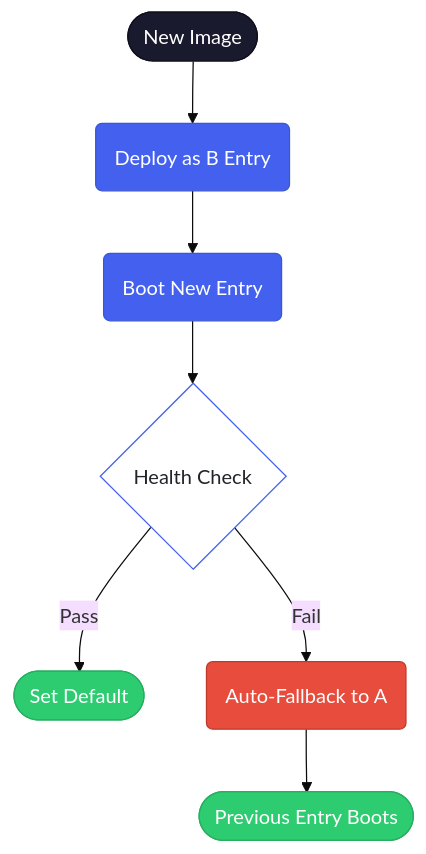
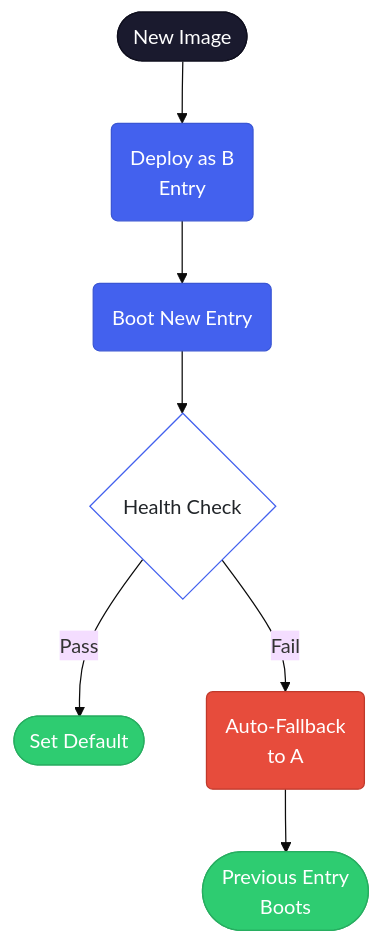
Before and after one commit to abalmalvez-lab/AntOS: the fourth of 5 diagrams in AntOS-Features-and-Capabilities_v1.md, drawn with Mermaid (base theme). The commit also changed other lines of this file, not shown here.

Commit message:
docs: aggressively narrow mermaid labels (<=14 chars/line) for GitHub viewport

````diff
--- a/AntOS-Features-and-Capabilities_v1.md
+++ b/AntOS-Features-and-Capabilities_v1.md
@@ -301,21 +301,21 @@
 ```mermaid
 %%{init: {"flowchart": {"useMaxWidth": true}}}%%
 flowchart TD
     classDef terminal fill:#1a1a2e,stroke:#0f0f1e,color:#fff
     classDef process fill:#4361ee,stroke:#3a56d4,color:#fff
     classDef decision fill:#fff,stroke:#4361ee,color:#212529
     classDef success fill:#2ecc71,stroke:#27ae60,color:#fff
     classDef danger fill:#e74c3c,stroke:#c0392b,color:#fff
 
-    new([New Image]) --> deploy(Deploy as B Entry)
+    new([New Image]) --> deploy(Deploy as B<br/>Entry)
     deploy --> boot(Boot New Entry)
     boot --> health{Health Check}
     health -->|Pass| active([Set Default])
-    health -->|Fail| rollback(Auto-Fallback to A)
-    rollback --> prev([Previous Entry Boots])
+    health -->|Fail| rollback(Auto-Fallback<br/>to A)
+    rollback --> prev([Previous Entry<br/>Boots])
     class new terminal
     class deploy,boot process
     class health decision
     class active,prev success
     class rollback danger
 ```
````
